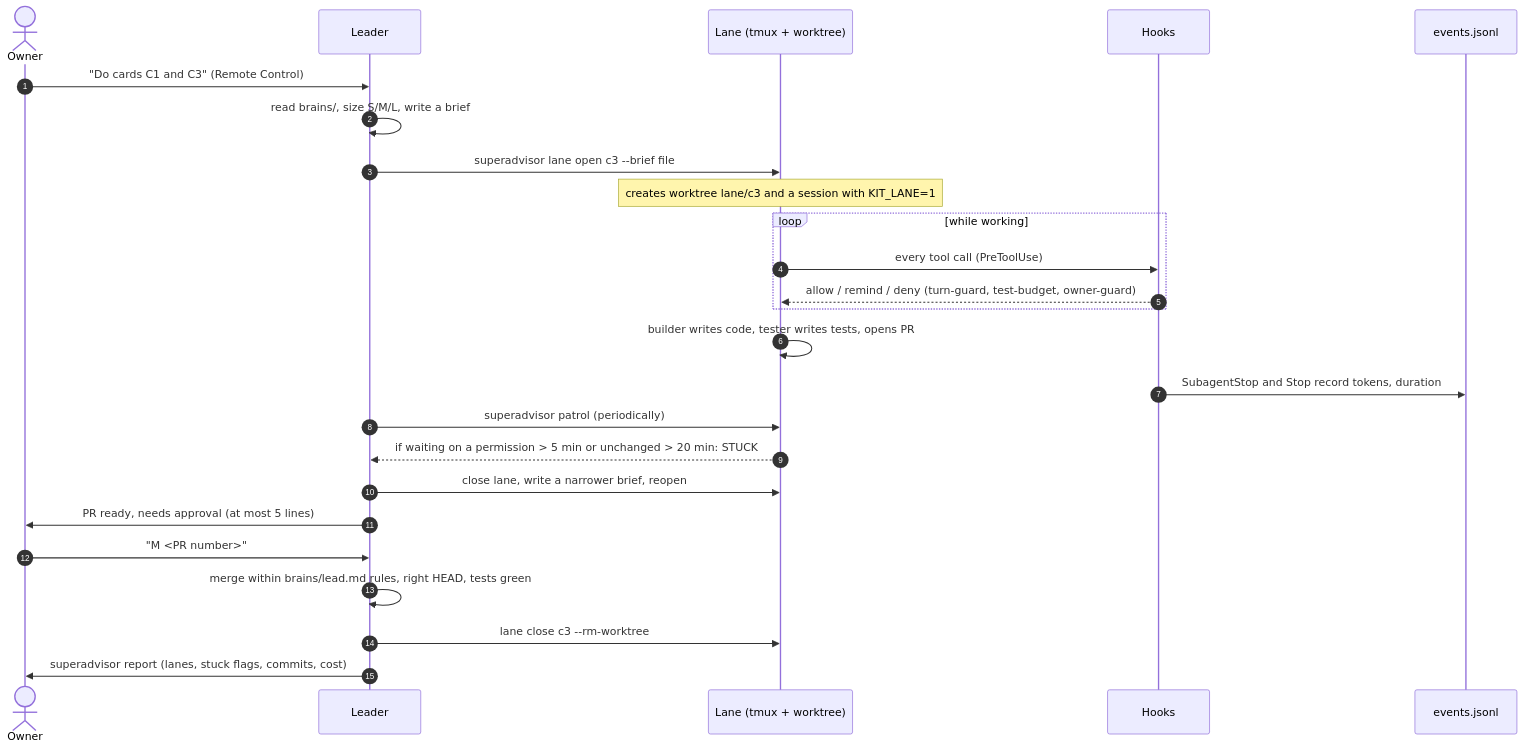
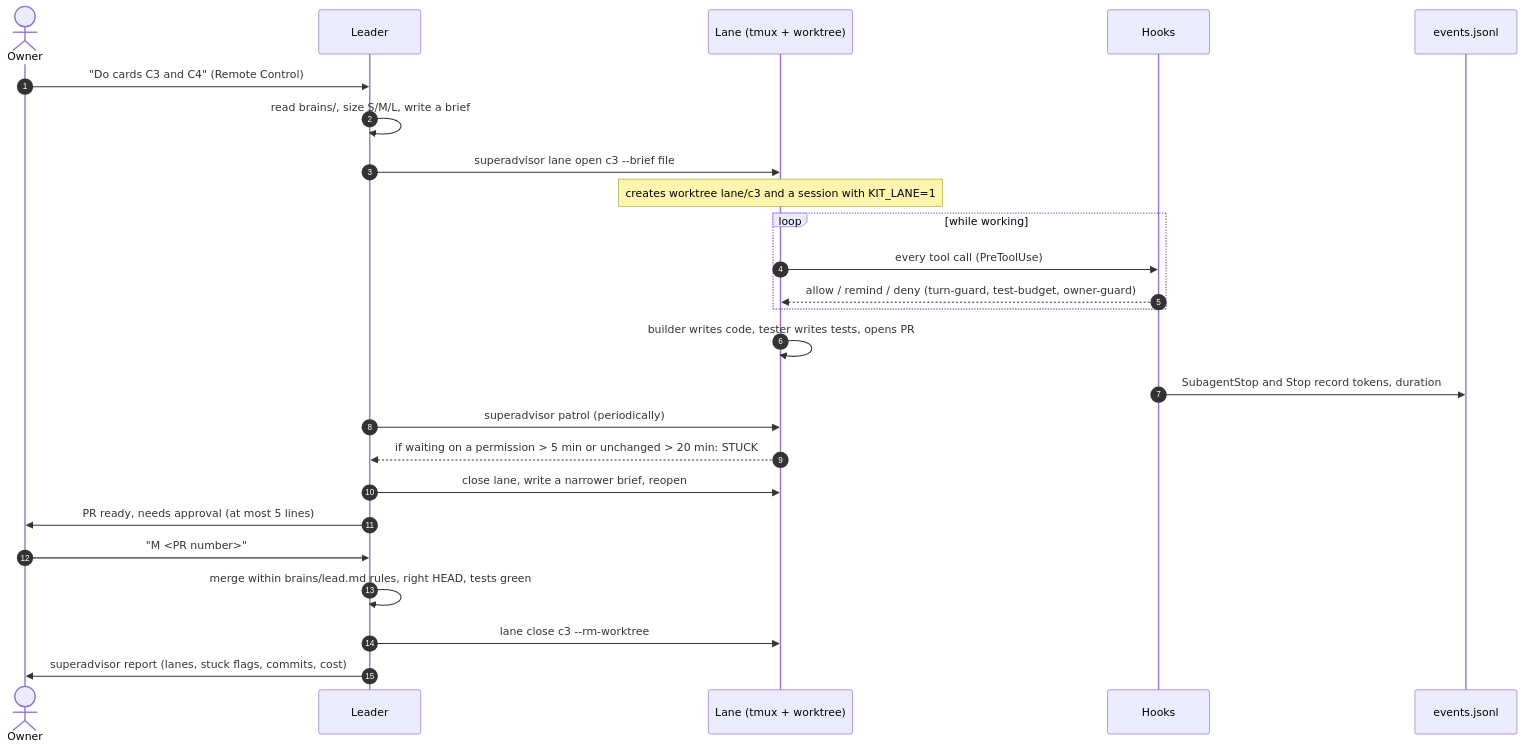
Before and after one commit to trungungtoan-agilityio/AgiAgentKit: the second of 2 diagrams in docs/architecture.md, drawn with Mermaid. The commit also changed 26 other files, not shown here.

````diff
--- a/docs/architecture.md
+++ b/docs/architecture.md
@@ -42,27 +42,27 @@
 ```mermaid
 sequenceDiagram
   autonumber
   actor Owner
   participant Leader
   participant Lane as Lane (tmux + worktree)
   participant Hooks
   participant Events as events.jsonl
-  Owner->>Leader: "Do cards C1 and C3" (Remote Control)
+  Owner->>Leader: "Do cards C3 and C4" (Remote Control)
   Leader->>Leader: read brains/, size S/M/L, write a brief
   Leader->>Lane: superadvisor lane open c3 --brief file
   Note over Lane: creates worktree lane/c3 and a session with KIT_LANE=1
   loop while working
     Lane->>Hooks: every tool call (PreToolUse)
     Hooks-->>Lane: allow / remind / deny (turn-guard, test-budget, owner-guard)
   end
   Lane->>Lane: builder writes code, tester writes tests, opens PR
   Hooks->>Events: SubagentStop and Stop record tokens, duration
   Leader->>Lane: superadvisor patrol (periodically)
   Lane-->>Leader: if waiting on a permission > 5 min or unchanged > 20 min: STUCK
   Leader->>Lane: close lane, write a narrower brief, reopen
   Leader->>Owner: PR ready, needs approval (at most 5 lines)
   Owner->>Leader: "M <PR number>"
   Leader->>Leader: merge within brains/lead.md rules, right HEAD, tests green
   Leader->>Lane: lane close c3 --rm-worktree
   Leader->>Owner: superadvisor report (lanes, stuck flags, commits, cost)
 ```
````
